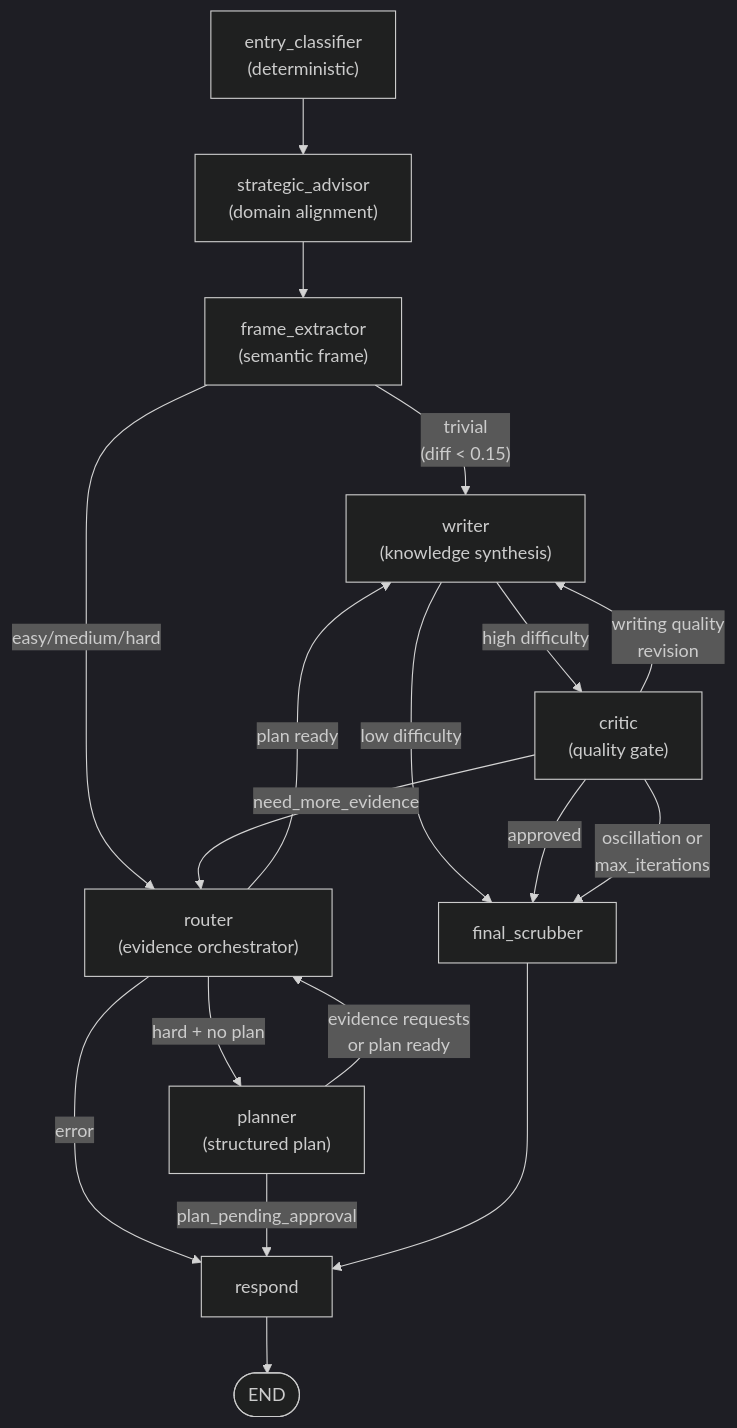
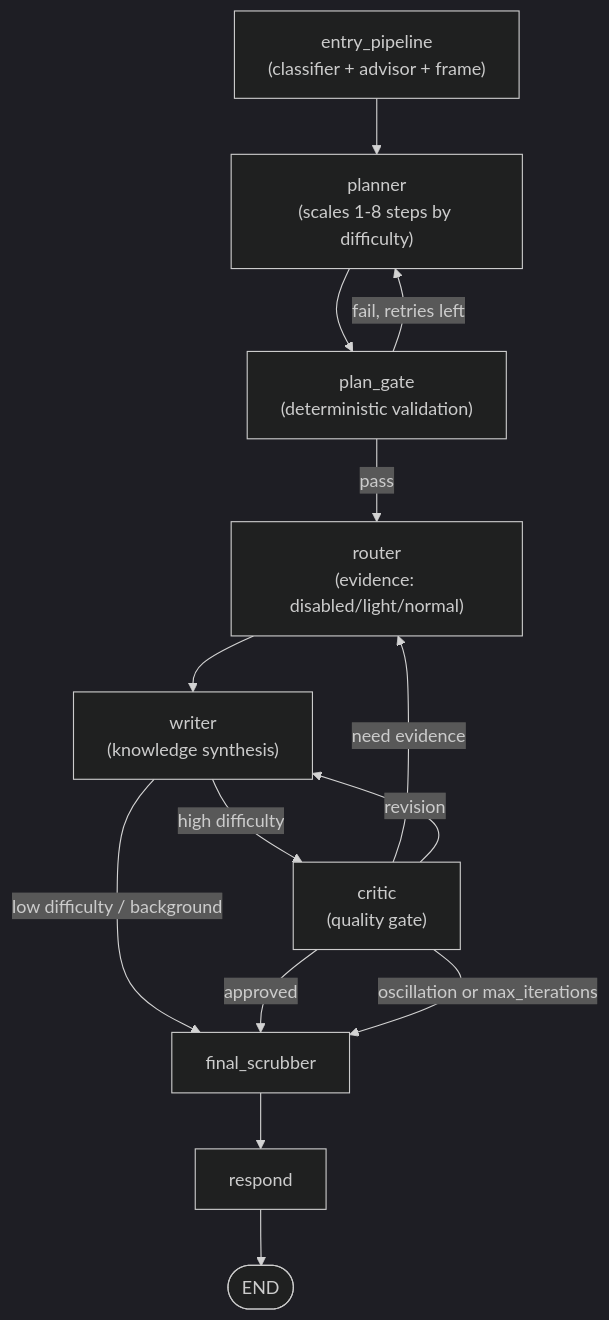
One commit to supernovae/synesis changed the diagram in docs/WORKFLOW.md. Above: the diagram before and after it, drawn with Mermaid (dark theme). The commit also changed other lines of this file and 19 other files, not shown here.

````diff
--- a/docs/WORKFLOW.md
+++ b/docs/WORKFLOW.md
@@ -71,26 +60,16 @@
 ```mermaid
 flowchart TD
-    EC["entry_classifier\n(deterministic)"] --> SA["strategic_advisor\n(domain alignment)"]
-    SA --> FE["frame_extractor\n(semantic frame)"]
-
-    FE -->|"trivial\n(diff < 0.15)"| WR["writer\n(knowledge synthesis)"]
-    FE -->|"easy/medium/hard"| RT["router\n(evidence orchestrator)"]
-
-    RT -->|"hard + no plan"| PL["planner\n(structured plan)"]
-    RT -->|"plan ready"| WR
-    RT -->|"error"| RS["respond"]
-
-    PL -->|"evidence requests\nor plan ready"| RT
-    PL -->|"plan_pending_approval"| RS
-
+    EP["entry_pipeline\n(classifier + advisor + frame)"] --> PL["planner\n(scales 1-8 steps by difficulty)"]
+    PL --> PG["plan_gate\n(deterministic validation)"]
+    PG -->|"fail, retries left"| PL
+    PG -->|pass| RT["router\n(evidence: disabled/light/normal)"]
+    RT --> WR["writer\n(knowledge synthesis)"]
     WR -->|"high difficulty"| CR["critic\n(quality gate)"]
-    WR -->|"low difficulty"| FS["final_scrubber"]
-
-    CR -->|"approved"| FS
-    CR -->|"need_more_evidence"| RT
-    CR -->|"writing quality\nrevision"| WR
-    CR -->|"oscillation or\nmax_iterations"| FS
-
-    FS --> RS
-    RS --> END([END])
+    WR -->|"low difficulty / background"| FS["final_scrubber"]
+    CR -->|approved| FS
+    CR -->|"need evidence"| RT
+    CR -->|revision| WR
+    CR -->|"oscillation or max_iterations"| FS
+    FS --> RS["respond"]
+    RS --> endNode([END])
 ```
````
